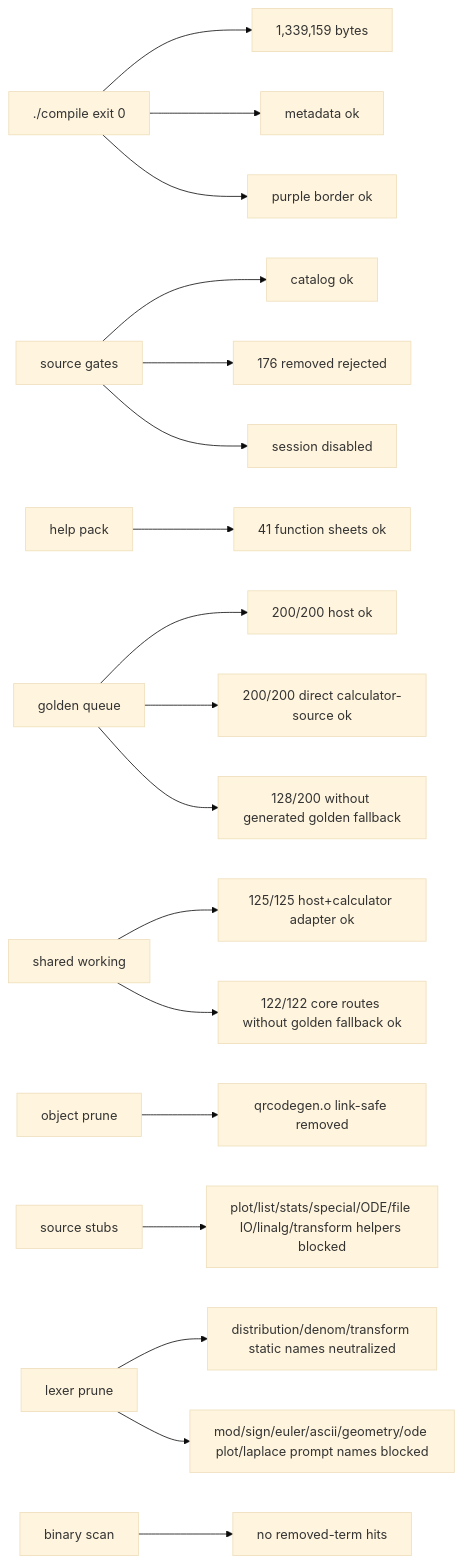
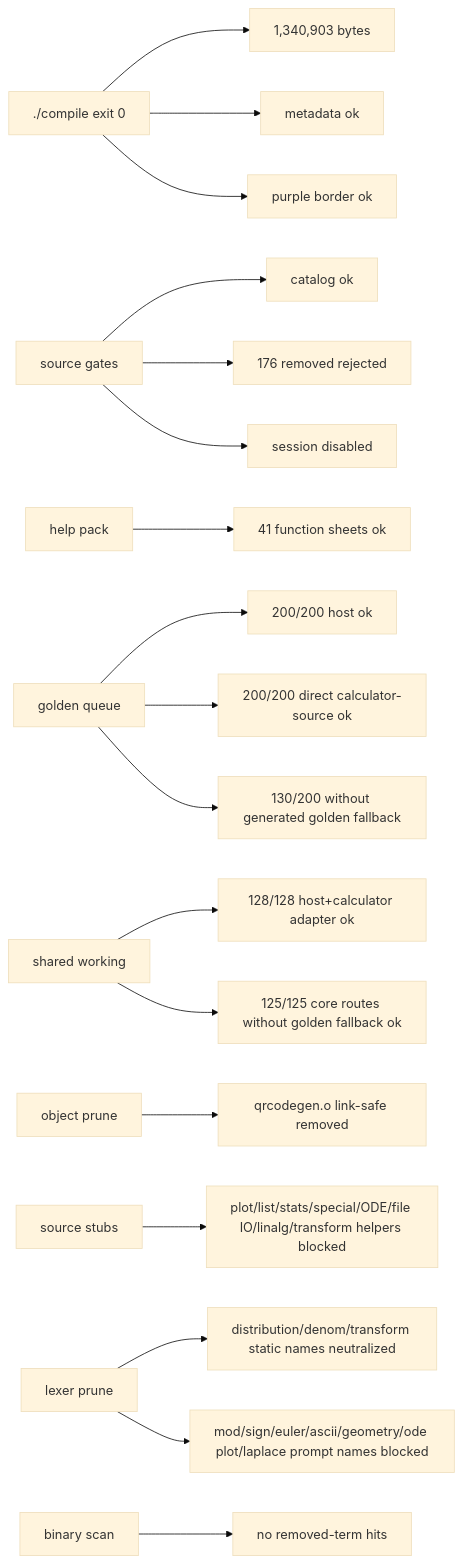
Before and after one commit to james8464/notes-addin-casio-fx-cg50: the seventh of 7 diagrams in docs/GRAPH.md, drawn with Mermaid (base theme). The commit also changed other lines of this file and 4 other files, not shown here.

````diff
--- a/docs/GRAPH.md
+++ b/docs/GRAPH.md
@@ -150,20 +151,20 @@
 ```mermaid
 graph LR
-  Build["./compile exit 0"] --> Size["1,339,159 bytes"]
+  Build["./compile exit 0"] --> Size["1,340,903 bytes"]
   Build --> Meta["metadata ok"]
   Build --> Border["purple border ok"]
   Source["source gates"] --> Catalog["catalog ok"]
   Source --> Removed["176 removed rejected"]
   Source --> Session["session disabled"]
   Help["help pack"] --> HelpQ["41 function sheets ok"]
   Queue["golden queue"] --> QueueRun["200/200 host ok"]
   Queue --> GoldenRun["200/200 direct calculator-source ok"]
-  Queue --> NoGolden["128/200 without generated golden fallback"]
-  Shared["shared working"] --> SharedRun["125/125 host+calculator adapter ok"]
-  Shared --> CoreRun["122/122 core routes without golden fallback ok"]
+  Queue --> NoGolden["130/200 without generated golden fallback"]
+  Shared["shared working"] --> SharedRun["128/128 host+calculator adapter ok"]
+  Shared --> CoreRun["125/125 core routes without golden fallback ok"]
   Obj["object prune"] --> QR["qrcodegen.o link-safe removed"]
   Macro["source stubs"] --> Stubbed["plot/list/stats/special/ODE/file IO/linalg/transform helpers blocked"]
   Static["lexer prune"] --> StaticRun["distribution/denom/transform static names neutralized"]
   Static --> PromptRun["mod/sign/euler/ascii/geometry/ode plot/laplace prompt names blocked"]
   Bin["binary scan"] --> NoLeak["no removed-term hits"]
 ```
````
